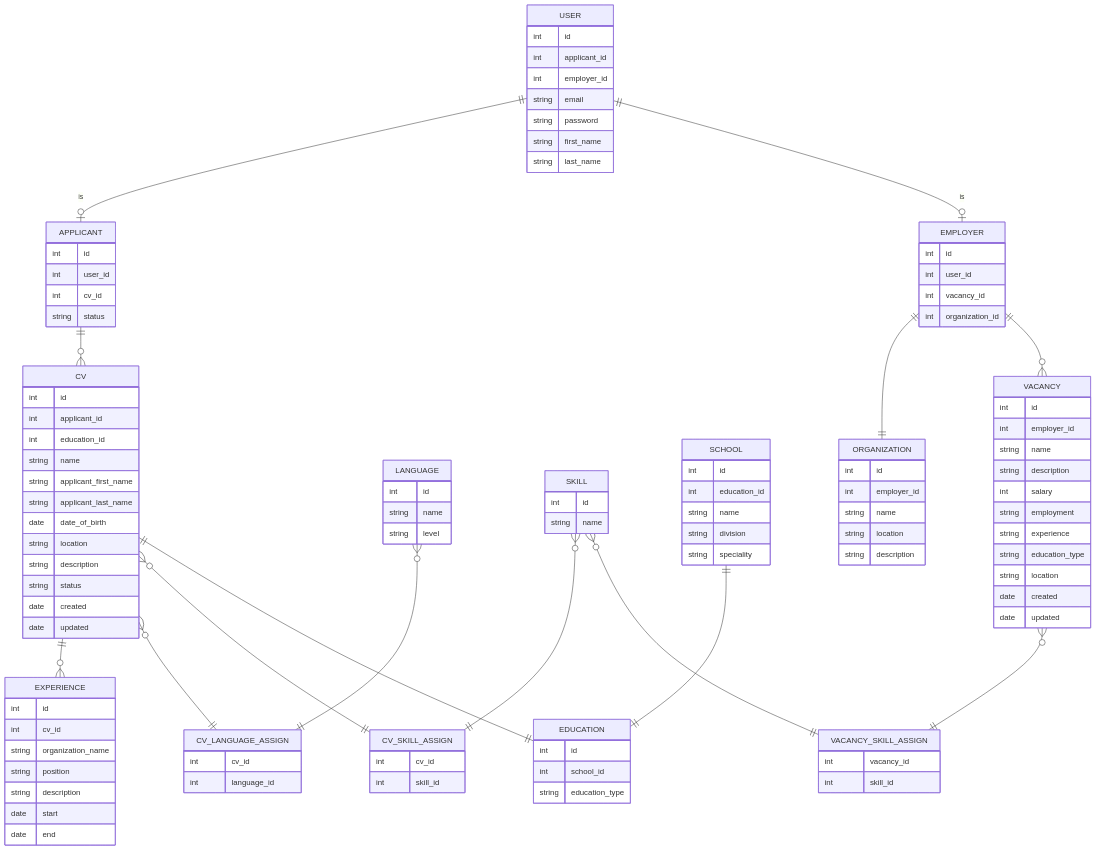
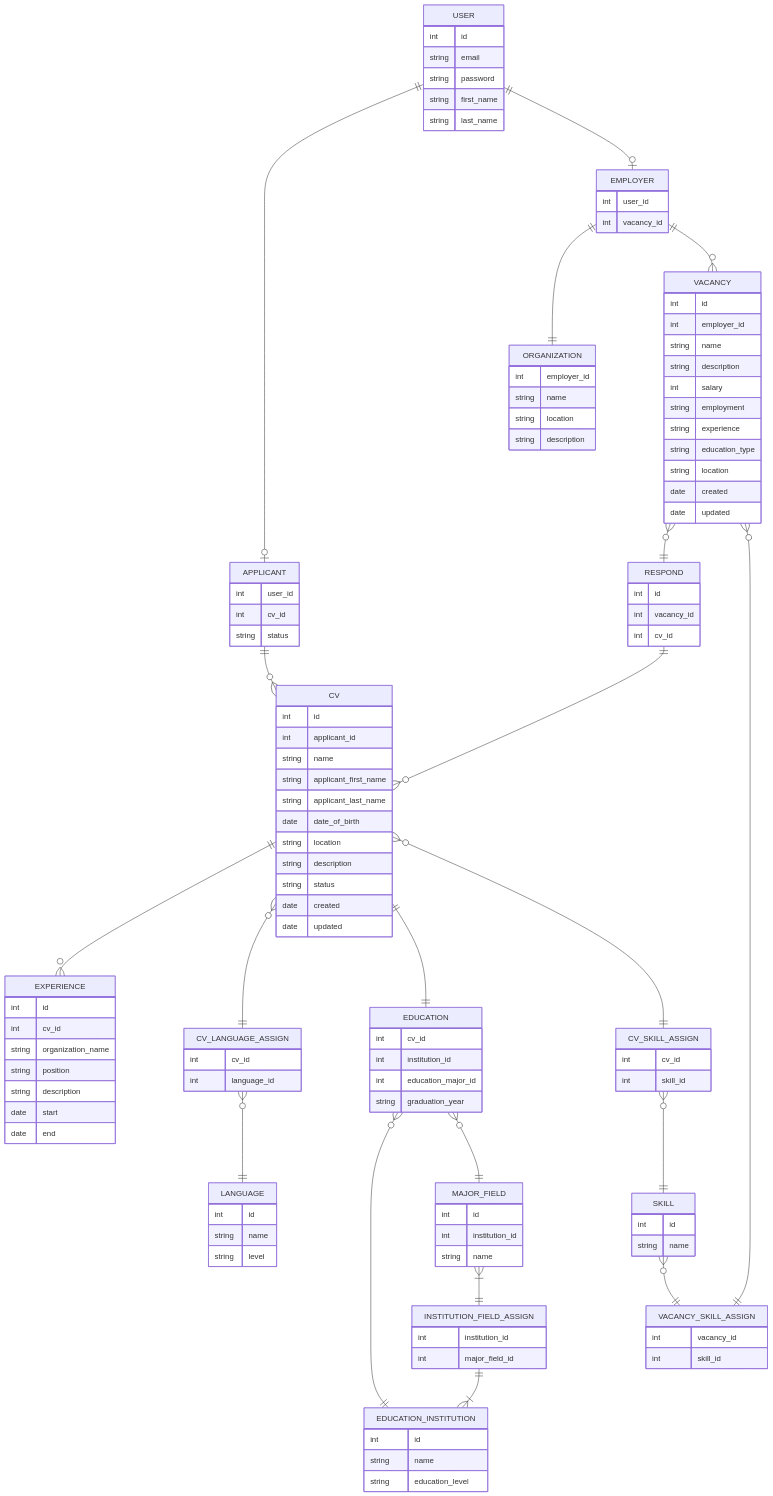
The diagram in db/normalized/relations.md (go-park-mail-ru/2023_2_VIVE), drawn with Mermaid before and after one commit. The commit also changed other lines of this file, not shown here.

Commit message:
VIVE-58: Добавить отношение RESPOND, улучшить отношения EDUCATION

````diff
--- a/db/normalized/relations.md
+++ b/db/normalized/relations.md
@@ -8,8 +8,6 @@
 erDiagram
     USER {
         int id
-        int applicant_id
-        int employer_id
         string email
         string password
         string first_name
@@ -18,14 +16,11 @@
 
 
     EMPLOYER {
-        int id
         int user_id
         int vacancy_id
-        int organization_id
     }
 
     APPLICANT {
-        int id
         int user_id
         int cv_id
         string status
@@ -34,7 +29,6 @@
     CV{
         int id
         int applicant_id
-        int education_id
         string name
         string applicant_first_name
         string applicant_last_name
@@ -83,17 +77,27 @@
     }
 
     EDUCATION {
-        int id
-        int school_id
-        string education_type
+        int cv_id
+        int institution_id
+        int education_major_id
+        string graduation_year
     }
 
-    SCHOOL{
+    EDUCATION_INSTITUTION {
         int id
-        int education_id
         string name
-        string division
-        string speciality
+        string education_level
+    }
+
+    MAJOR_FIELD {
+        int id
+        int institution_id
+        string name
+    }
+
+    INSTITUTION_FIELD_ASSIGN {
+        int institution_id
+        int major_field_id
     }
 
     VACANCY{
@@ -110,8 +114,13 @@
         date updated
     }
 
+    RESPOND {
+        int id
+        int vacancy_id
+        int cv_id
+    }
+
     ORGANIZATION{
-        int id
         int employer_id
         string name
         string location
@@ -119,25 +128,34 @@
     }
 
     EMPLOYER ||--|| ORGANIZATION : ""
-    USER ||--o| APPLICANT : is
-    USER ||--o| EMPLOYER : is
+    USER ||--o| APPLICANT : ""
+    USER ||--o| EMPLOYER : ""
     APPLICANT ||--o{ CV : ""
 
     CV ||--o{ EXPERIENCE : ""
 
     CV }o--|| CV_LANGUAGE_ASSIGN : ""
-    LANGUAGE }o--|| CV_LANGUAGE_ASSIGN : ""
+    CV_LANGUAGE_ASSIGN }o--|| LANGUAGE : ""
+
+    CV ||--|| EDUCATION : ""
+
 
     CV }o--|| CV_SKILL_ASSIGN : ""
-    SKILL }o--|| CV_SKILL_ASSIGN : ""
+    CV_SKILL_ASSIGN }o--|| SKILL : ""
 
-    SCHOOL ||--|| EDUCATION : ""
-    CV ||--|| EDUCATION : ""
+
+
+    VACANCY }o--|| RESPOND : ""
+    RESPOND ||--o{ CV : ""
 
     VACANCY }o--|| VACANCY_SKILL_ASSIGN : ""
     SKILL }o--|| VACANCY_SKILL_ASSIGN : ""
 
-
     EMPLOYER ||--o{ VACANCY : ""
 
+    EDUCATION }o--|| EDUCATION_INSTITUTION : ""
+    EDUCATION }o--|| MAJOR_FIELD : ""
+    INSTITUTION_FIELD_ASSIGN ||--|{ EDUCATION_INSTITUTION : ""
+    MAJOR_FIELD }|--|| INSTITUTION_FIELD_ASSIGN : ""
+
 ```
````
